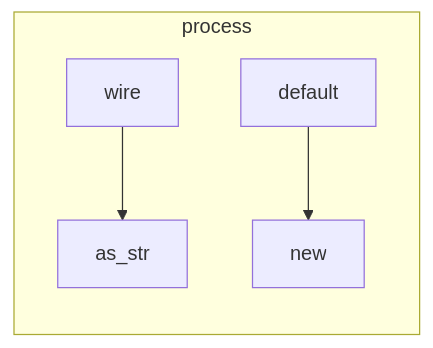
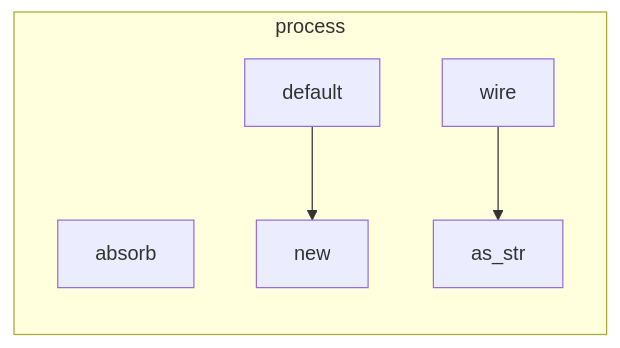
The third of 3 diagrams in docs/self-model/robby_ir/process/index.md (RyanGuild/self-describing-code), drawn with Mermaid before and after one commit. The commit also changed other lines of this file and 413 other files, not shown here.

````diff
--- a/docs/self-model/robby_ir/process/index.md
+++ b/docs/self-model/robby_ir/process/index.md
@@ -81,12 +81,13 @@
 ```mermaid
 flowchart TB
     subgraph n_f5e61214f719e7ae["process"]
         direction TB
+        n_da37358bec483440["absorb"]
         n_e7a741a6cec5a5a8["as_str"]
         n_043f1293c7ad8c3c["default"]
         n_9aae883b9b569ac9["new"]
         n_09b9bef2ec7f54ef["wire"]
     end
     n_043f1293c7ad8c3c --> n_9aae883b9b569ac9
     n_09b9bef2ec7f54ef --> n_e7a741a6cec5a5a8
 ```
````
